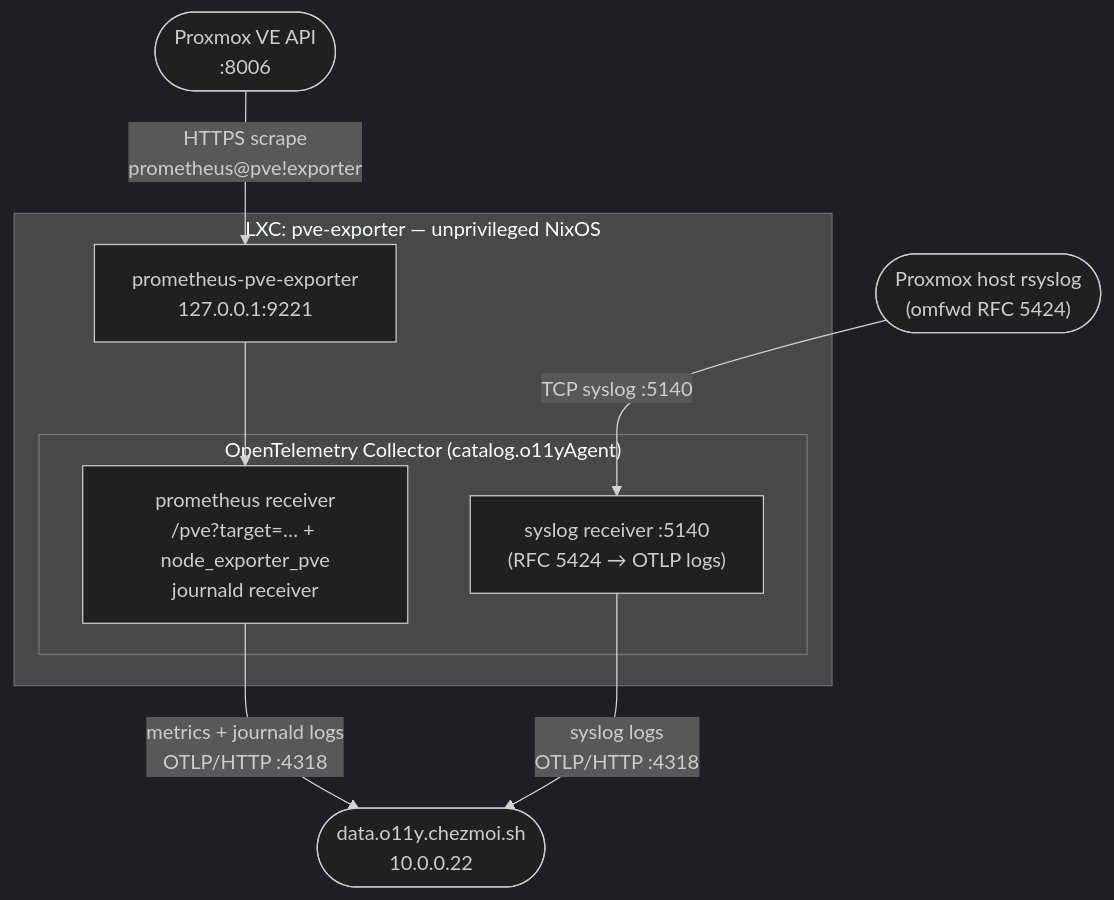
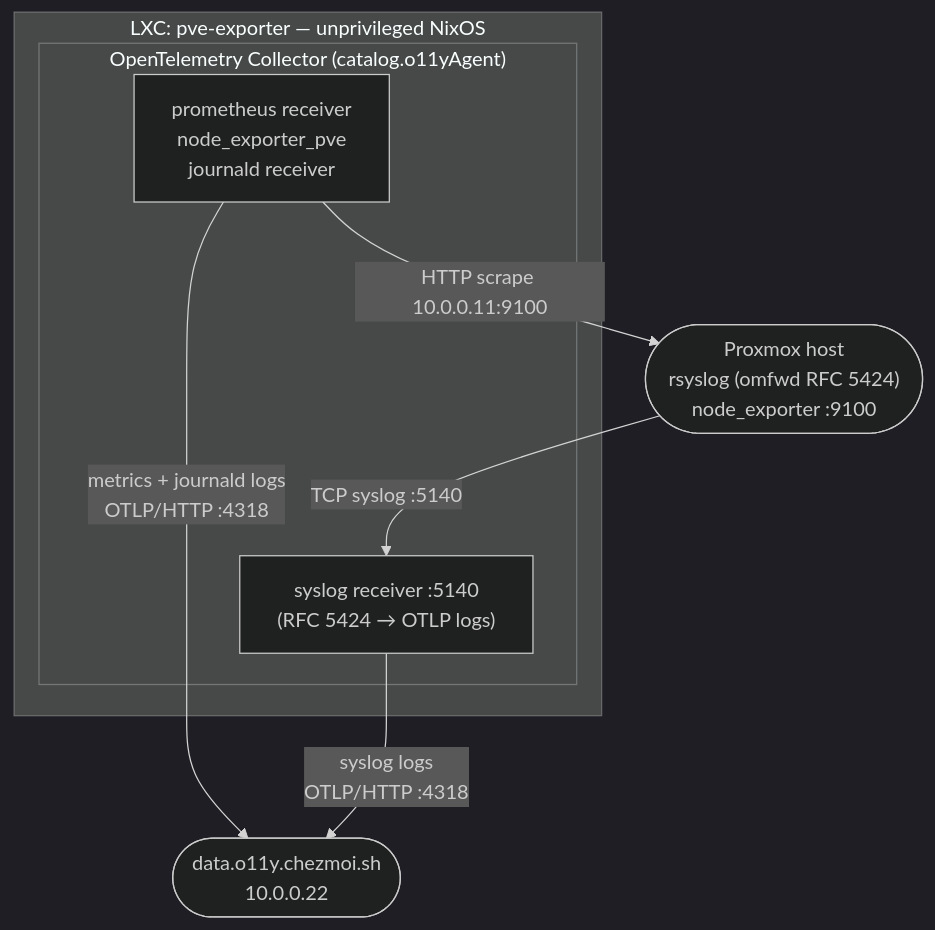
One commit to chezmoidotsh/arcane changed the diagram in projects/chezmoi.sh/src/infrastructure/proxmox/lxc/pve-exporter/README.md. Above: the diagram before and after it, drawn with Mermaid (dark theme). The commit also changed other lines of this file and 14 other files, not shown here.

First line of the commit message:
-![project:chezmoi.sh]: Remove prometheus-pve-exporter

````diff
--- a/projects/chezmoi.sh/src/infrastructure/proxmox/lxc/pve-exporter/README.md
+++ b/projects/chezmoi.sh/src/infrastructure/proxmox/lxc/pve-exporter/README.md
@@ -32,20 +36,17 @@
 ```mermaid
 flowchart TB
-    api(["Proxmox VE API<br/>:8006"])
-    host(["Proxmox host rsyslog<br/>(omfwd RFC 5424)"])
+    host(["Proxmox host<br/>rsyslog (omfwd RFC 5424)<br/>node_exporter :9100"])
     o11y(["data.o11y.chezmoi.sh<br/>10.0.0.22"])
 
     subgraph lxc["LXC: pve-exporter — unprivileged NixOS"]
-        exp["prometheus-pve-exporter<br/>127.0.0.1:9221"]
         subgraph otel["OpenTelemetry Collector (catalog.o11yAgent)"]
-            scrape["prometheus receiver<br/>/pve?target=&hellip; + node_exporter_pve<br/>journald receiver"]
+            scrape["prometheus receiver<br/>node_exporter_pve<br/>journald receiver"]
             syslog["syslog receiver :5140<br/>(RFC 5424 → OTLP logs)"]
         end
     end
 
-    api -->|"HTTPS scrape<br/>prometheus@pve!exporter"| exp
-    exp --> scrape
     host -->|"TCP syslog :5140"| syslog
+    scrape -->|"HTTP scrape 10.0.0.11:9100"| host
     scrape -->|"metrics + journald logs<br/>OTLP/HTTP :4318"| o11y
     syslog -->|"syslog logs<br/>OTLP/HTTP :4318"| o11y
 ```
````
